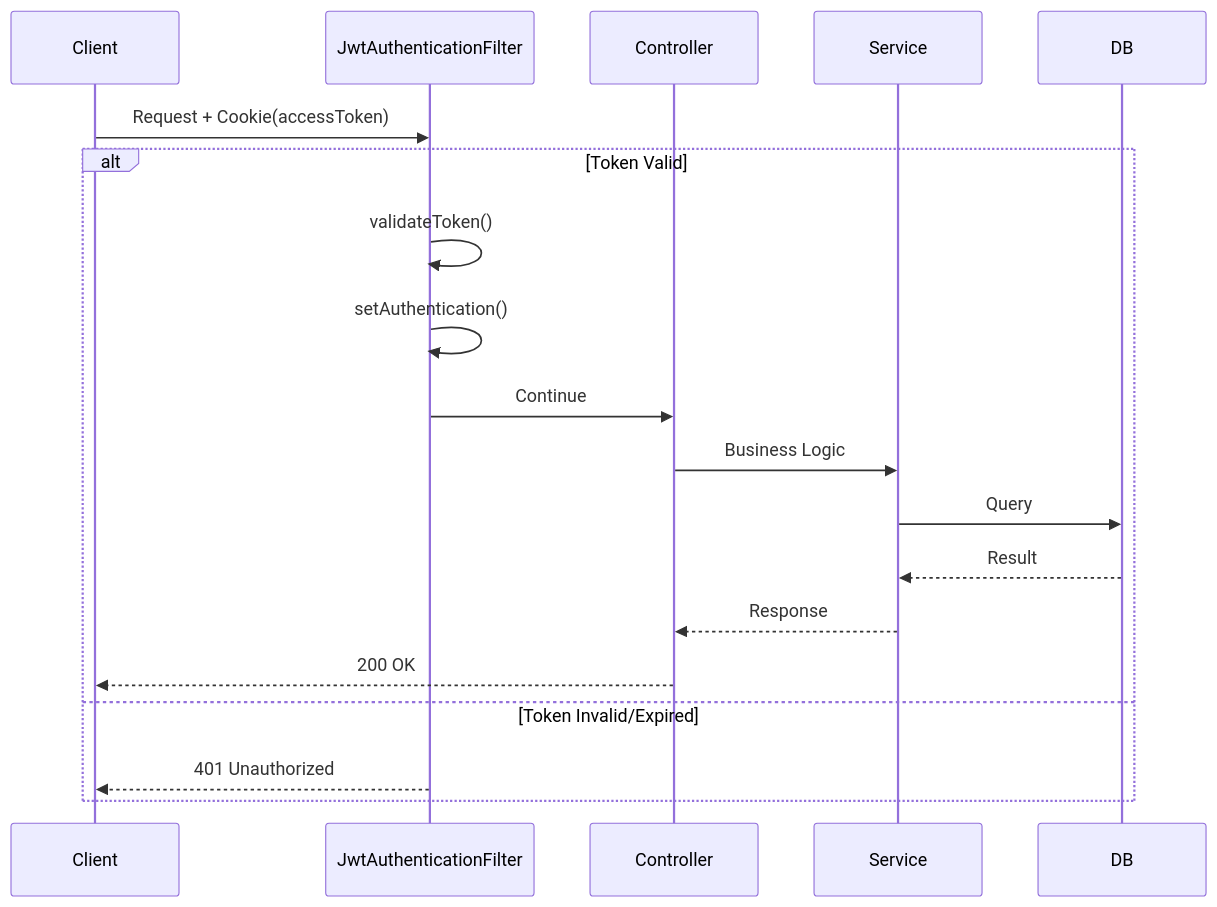
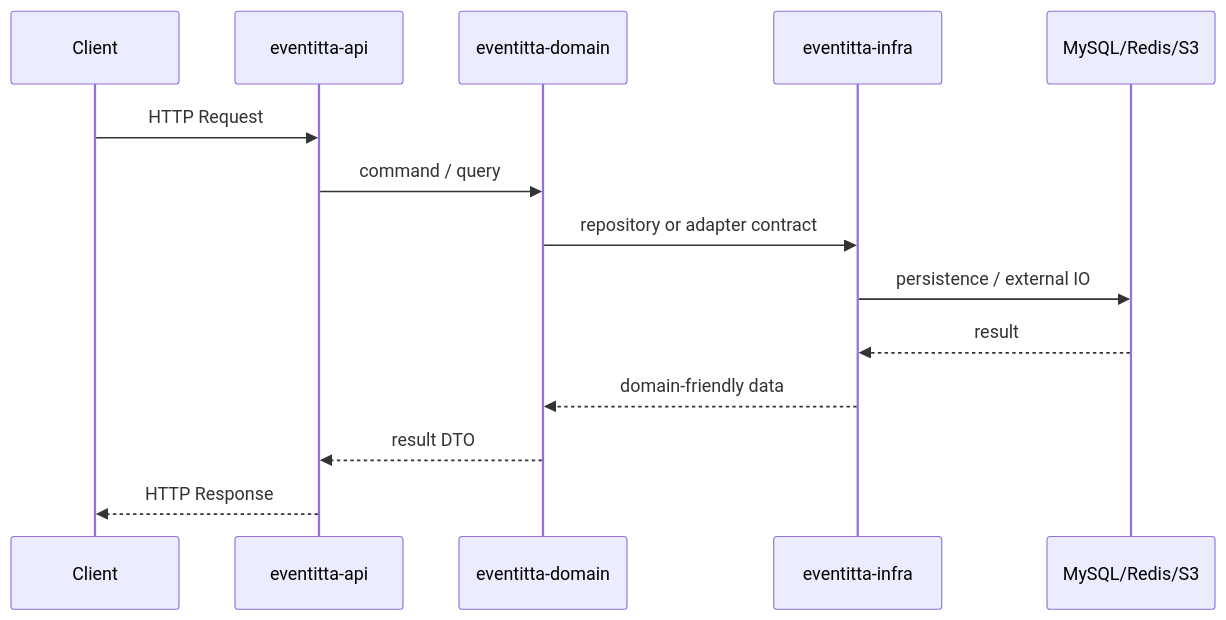
The second of 2 diagrams in docs/ARCHITECTURE.md (beginner0107/eventitta), drawn with Mermaid before and after one commit. The commit also changed other lines of this file and 8 other files, not shown here.

````diff
--- a/docs/ARCHITECTURE.md
+++ b/docs/ARCHITECTURE.md
@@ -118,22 +67,17 @@
 ```mermaid
 sequenceDiagram
     participant Client
-    participant Filter as JwtAuthenticationFilter
-    participant Controller
-    participant Service
-    participant DB
+    participant API as eventitta-api
+    participant Domain as eventitta-domain
+    participant Infra as eventitta-infra
+    participant DB as MySQL/Redis/S3
 
-    Client->>Filter: Request + Cookie(accessToken)
-    alt Token Valid
-        Filter->>Filter: validateToken()
-        Filter->>Filter: setAuthentication()
-        Filter->>Controller: Continue
-        Controller->>Service: Business Logic
-        Service->>DB: Query
-        DB-->>Service: Result
-        Service-->>Controller: Response
-        Controller-->>Client: 200 OK
-    else Token Invalid/Expired
-        Filter-->>Client: 401 Unauthorized
-    end
+    Client->>API: HTTP Request
+    API->>Domain: command / query
+    Domain->>Infra: repository or adapter contract
+    Infra->>DB: persistence / external IO
+    DB-->>Infra: result
+    Infra-->>Domain: domain-friendly data
+    Domain-->>API: result DTO
+    API-->>Client: HTTP Response
 ```
````
